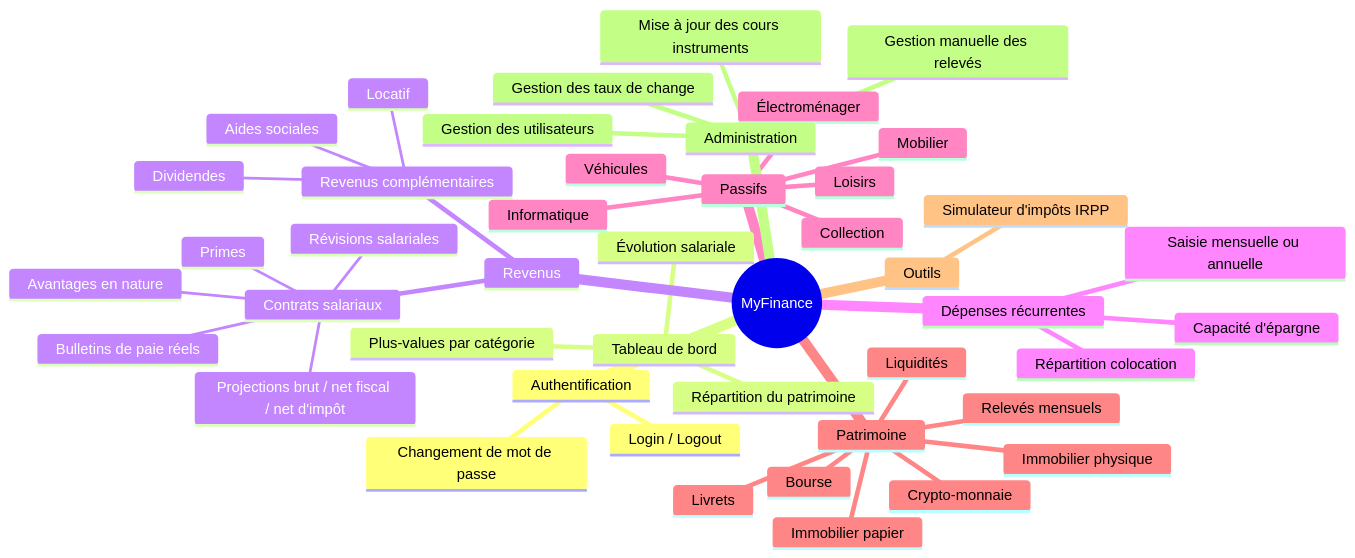
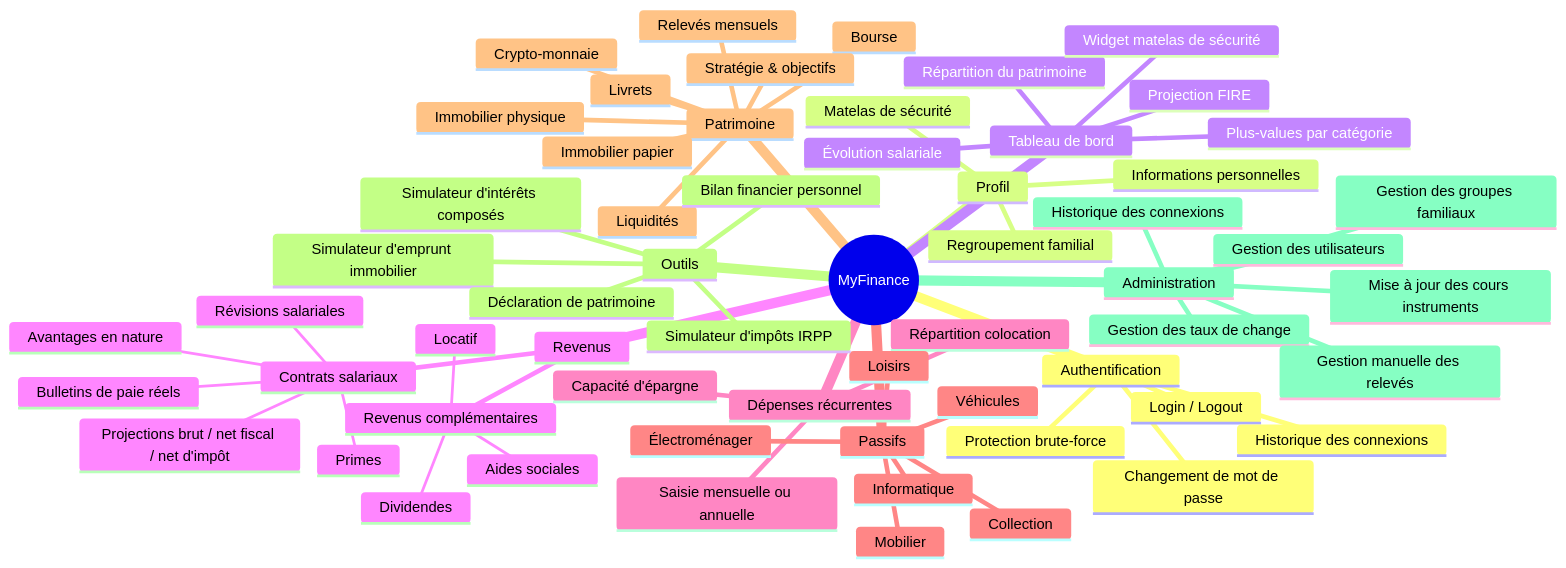
Before and after one commit to Neogost/MyFinance: the diagram in docs/architecture/overview.md, drawn with Mermaid. The commit also changed other lines of this file, not shown here.

First line of the commit message:
docs(overview): mise à jour complète de l'index d'architecture

````diff
--- a/docs/architecture/overview.md
+++ b/docs/architecture/overview.md
@@ -23,48 +23,63 @@
 ```mermaid
 mindmap
   root((MyFinance))
     Authentification
         Login / Logout
         Changement de mot de passe
+        Historique des connexions
+        Protection brute-force
+    Profil
+        Informations personnelles
+        Matelas de sécurité
+        Regroupement familial
     Tableau de bord
         Évolution salariale
         Répartition du patrimoine
         Plus-values par catégorie
+        Widget matelas de sécurité
+        Projection FIRE
     Revenus
         Contrats salariaux
             Projections brut / net fiscal / net d'impôt
             Bulletins de paie réels
             Révisions salariales
             Primes
             Avantages en nature
         Revenus complémentaires
             Locatif
             Dividendes
             Aides sociales
     Dépenses récurrentes
         Saisie mensuelle ou annuelle
         Répartition colocation
         Capacité d'épargne
     Passifs
         Véhicules
         Informatique
         Électroménager
         Mobilier
         Collection
         Loisirs
     Patrimoine
         Bourse
         Crypto-monnaie
         Immobilier papier
         Immobilier physique
         Livrets
         Liquidités
         Relevés mensuels
+        Stratégie & objectifs
     Outils
         Simulateur d'impôts IRPP
+        Bilan financier personnel
+        Simulateur d'intérêts composés
+        Simulateur d'emprunt immobilier
+        Déclaration de patrimoine
     Administration
         Gestion des utilisateurs
         Mise à jour des cours instruments
         Gestion des taux de change
         Gestion manuelle des relevés
+        Historique des connexions
+        Gestion des groupes familiaux
 ```
````
